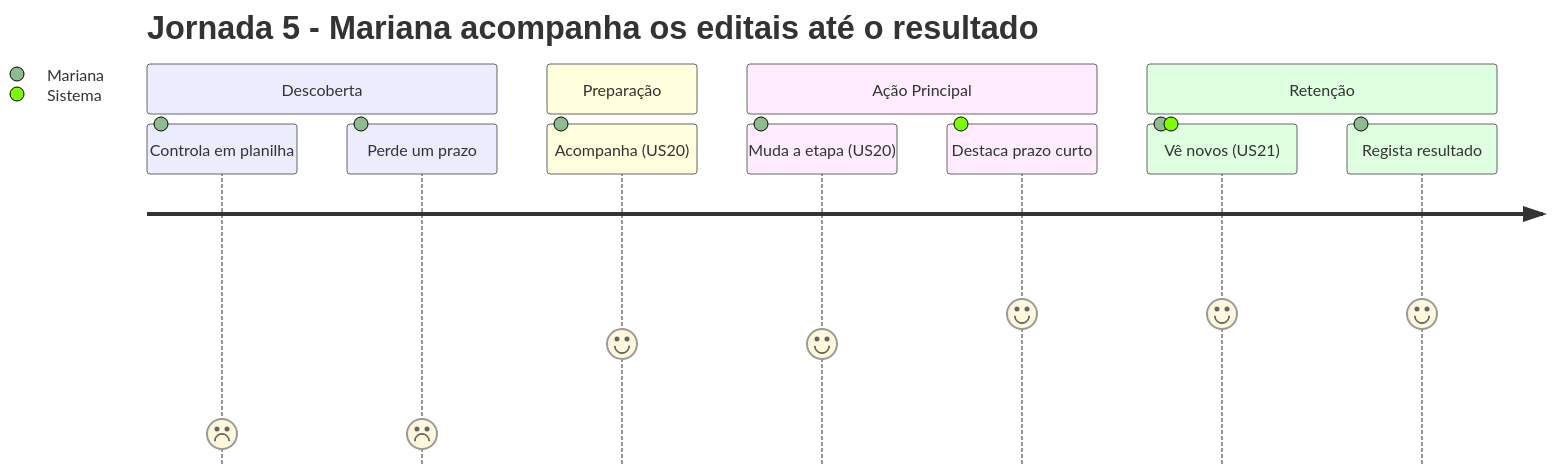
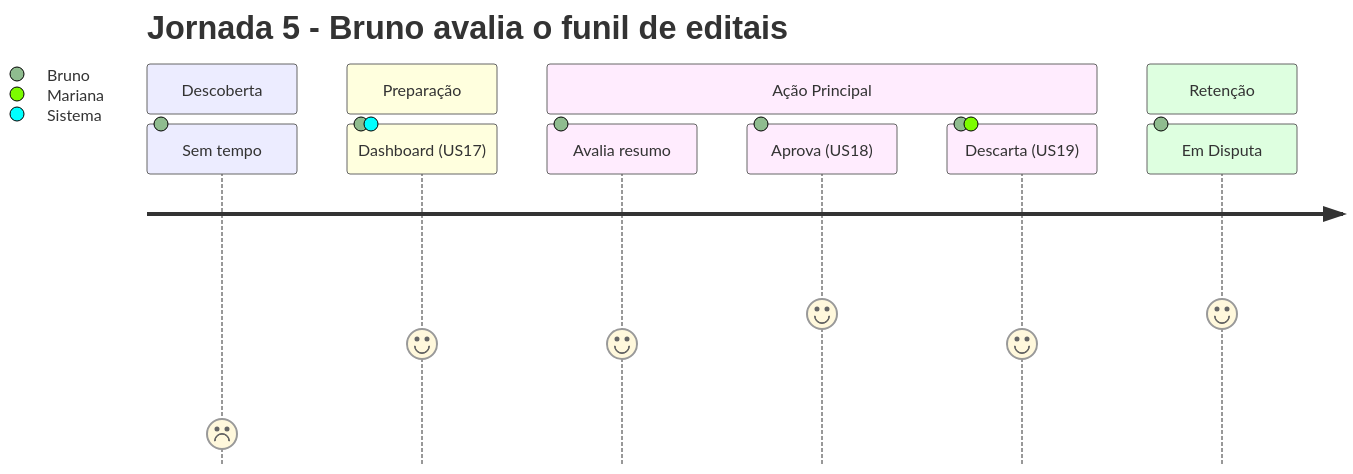
Before and after one commit to LicitaRad4r/documentation: the fifth of 5 diagrams in docs/requirements/produto/jornadas.md, drawn with Mermaid. The commit also changed other lines of this file and 1 other file, not shown here.

````diff
--- a/docs/requirements/produto/jornadas.md
+++ b/docs/requirements/produto/jornadas.md
@@ -130,15 +152,14 @@
 ```mermaid
 journey
-    title Jornada 5 - Mariana acompanha os editais até o resultado
+    title Jornada 5 - Bruno avalia o funil de editais
     section Descoberta
-      Controla em planilha: 1: Mariana
-      Perde um prazo: 1: Mariana
+      Sem tempo: 1: Bruno
     section Preparação
-      Acompanha (US20): 4: Mariana
+      Dashboard (US17): 4: Bruno, Sistema
     section Ação Principal
-      Muda a etapa (US20): 4: Mariana
-      Destaca prazo curto: 5: Sistema
+      Avalia resumo: 4: Bruno
+      Aprova (US18): 5: Bruno
+      Descarta (US19): 4: Bruno, Mariana
     section Retenção
-      Vê novos (US21): 5: Mariana, Sistema
-      Regista resultado: 5: Mariana
+      Em Disputa: 5: Bruno
 ```
````
